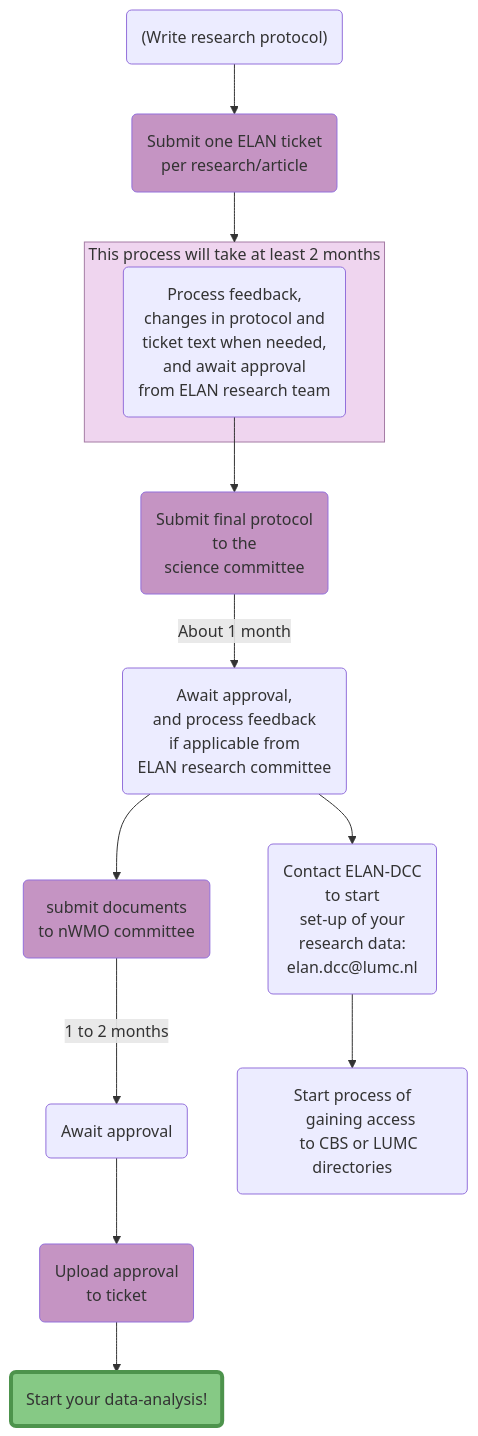
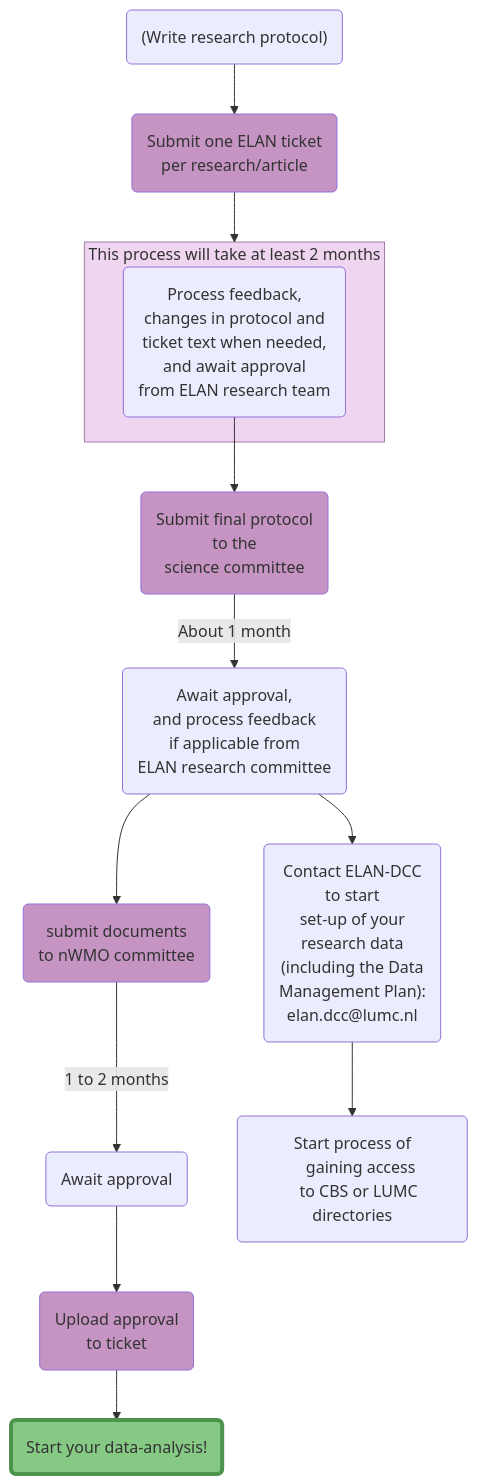
Before and after one commit to elan-dcc/elan-dcc.github.io: the first of 4 diagrams in content/en/researchers/overview_getting_started.md, drawn with Mermaid. The commit also changed other lines of this file and 3 other files, not shown here.

````diff
--- a/content/en/researchers/overview_getting_started.md
+++ b/content/en/researchers/overview_getting_started.md
@@ -23,46 +23,48 @@
 ```mermaid {class=""}
 flowchart TD
     id1("(Write research protocol)") --> id2(Submit one ELAN ticket\nper research/article)
     subgraph ticket [This process will take at least 2 months]
         id4
     end
     id4(Process feedback, 
     changes in protocol and 
     ticket text when needed,
     and await approval
     from ELAN research team) --> id5
     id5(Submit final protocol
     to the
     science committee) -->|About 1 month| id6
     id6(Await approval,
     and process feedback
     if applicable from
     ELAN research committee) --> id7
     id7(submit documents 
     to nWMO committee) -->|1 to 2 months| id9
     id9(Await approval) --> id10
     id10(Upload approval
     to ticket) --> idend(Start your data-analysis!)
     id6 --> id8
-    id8(Contact ELAN-DCC
+    id8("Contact ELAN-DCC
     to start 
     set-up of your 
-    research data:
-    elan.dcc@lumc.nl) --> id11(Start process of
+    research data
+    (including the Data
+    Management Plan):
+    elan.dcc@lumc.nl") --> id11(Start process of
     gaining access
     to CBS or LUMC directories)
 
     id2 --> ticket
 
     style idend fill:#86c985,stroke:#4d934c,stroke-width:4px
     style id2 fill:#c594c3
     style id5 fill:#c594c3
     style id7 fill:#c594c3
     style id10 fill:#c594c3
 
     style ticket fill:#efd5ef, stroke:#a57ca5
     
     click id2 "https://elanresearch.nl" "ELAN research" _blank
     click id5 "../sciencecommittee" "Science committee"
     click id7 "https://www.metc-ldd.nl/toetsingsprocedures/niet-wmo-en-niet-mdr" "nWMO committee" _blank
 ```
````
